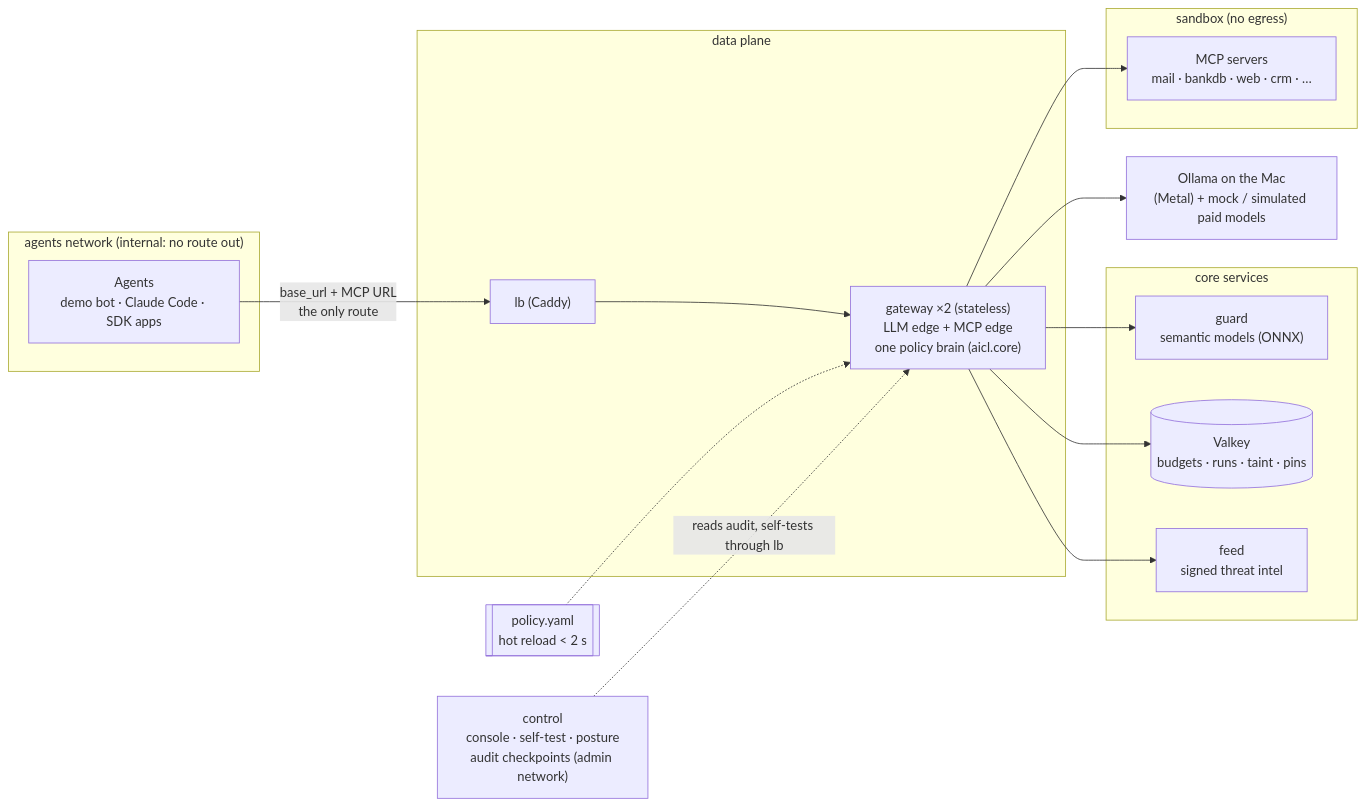
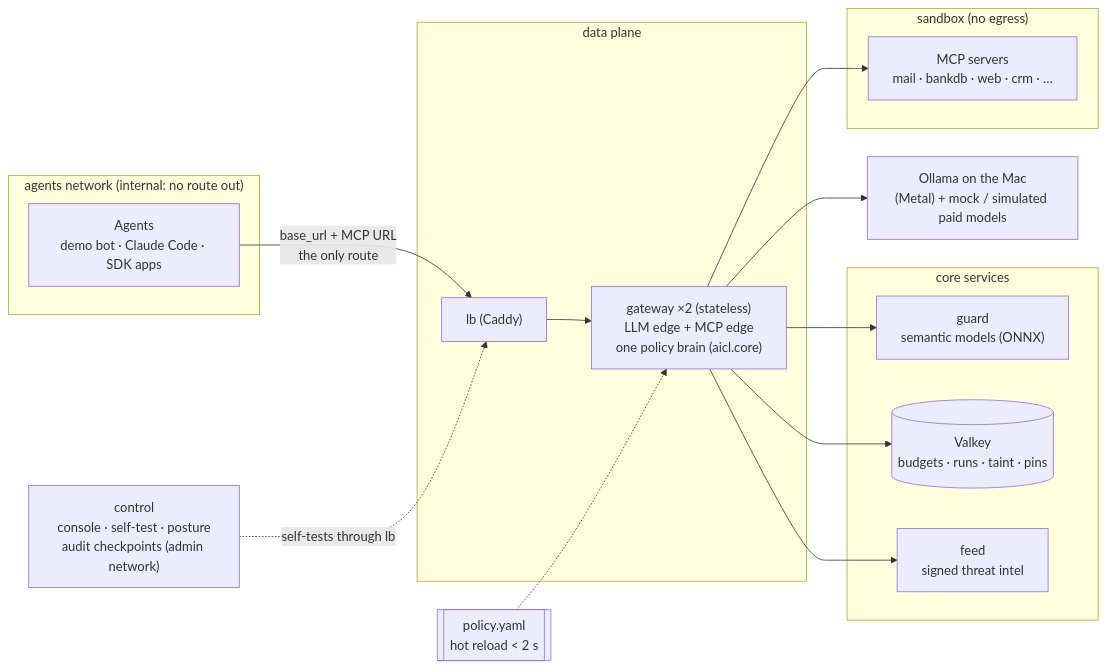
Before and after one commit to damianlech/HackYeah26: the diagram in README.md, drawn with Mermaid. The commit also changed other lines of this file and 4 other files, not shown here.

First line of the commit message:
Fix ReDoS wording (RE2 is linear-time; non-RE2 patterns are what get rejected); diagram layout fixes; final diagram renders

````diff
--- a/README.md
+++ b/README.md
@@ -38,27 +38,27 @@
 ```mermaid
 flowchart LR
   subgraph AGN["agents network (internal: no route out)"]
     AG["Agents<br/>demo bot · Claude Code · SDK apps"]
   end
   subgraph DP["data plane"]
     LB["lb (Caddy)"]
     GW["gateway ×2 (stateless)<br/>LLM edge + MCP edge<br/>one policy brain (aicl.core)"]
   end
   subgraph CORE["core services"]
     GD["guard<br/>semantic models (ONNX)"]
     VK[("Valkey<br/>budgets · runs · taint · pins")]
     FD["feed<br/>signed threat intel"]
   end
   subgraph SBX["sandbox (no egress)"]
     MCP["MCP servers<br/>mail · bankdb · web · crm · …"]
   end
   CT["control<br/>console · self-test · posture<br/>audit checkpoints (admin network)"]
   OL["Ollama on the Mac<br/>(Metal) + mock / simulated paid models"]
   POL[["policy.yaml<br/>hot reload &lt; 2 s"]]
   AG -->|"base_url + MCP URL<br/>the only route"| LB --> GW
   GW --> GD & VK & FD
   GW --> MCP
   GW --> OL
   POL -.-> GW
-  CT -.->|"reads audit, self-tests through lb"| GW
+  CT -.->|"self-tests through lb"| LB
 ```
````
